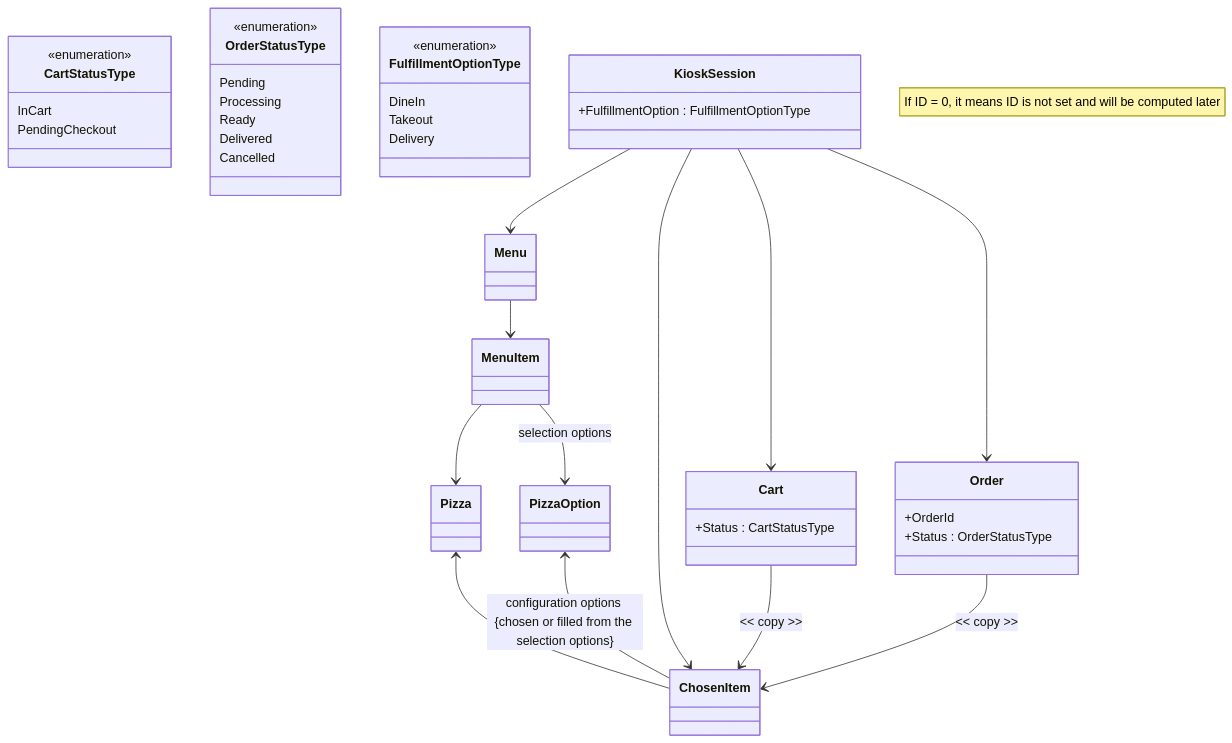
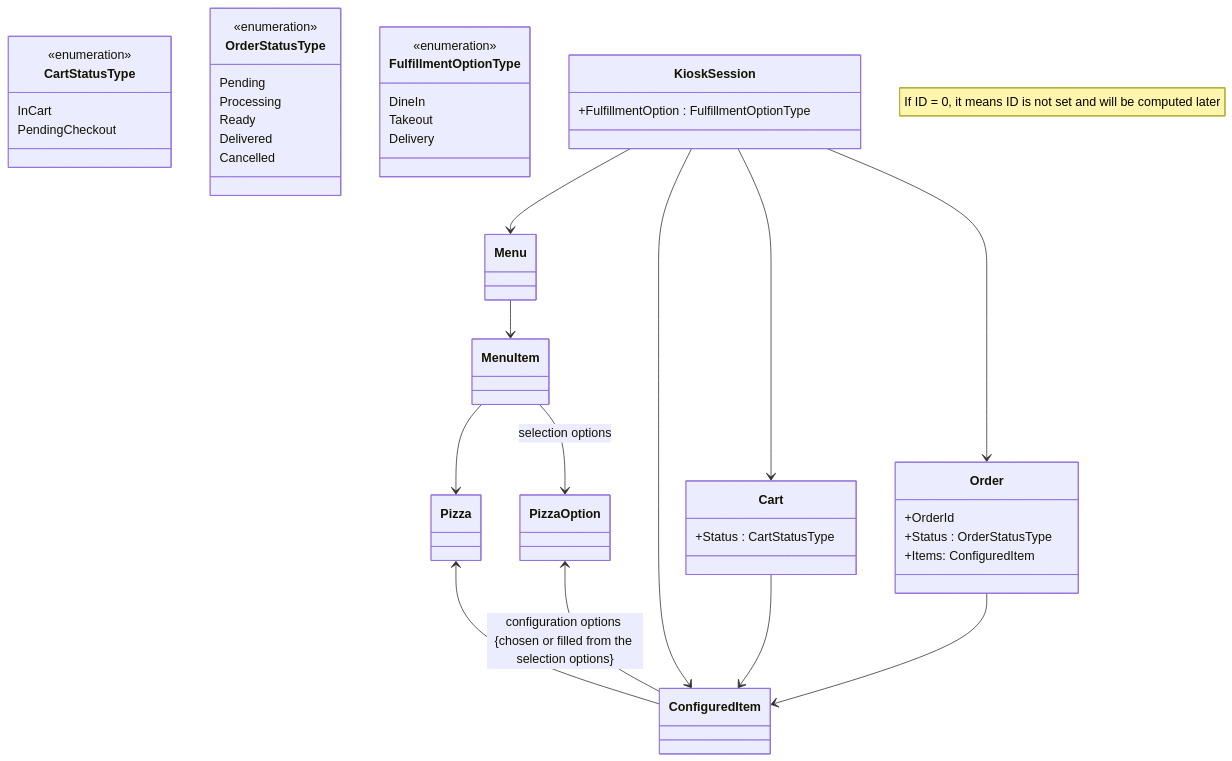
One commit to ekral/Utb.PizzaKiosk changed the diagram in README.md. Above: the diagram before and after it, drawn with Mermaid.

````diff
--- a/README.md
+++ b/README.md
@@ -160,57 +160,58 @@
 ```mermaid
  classDiagram
    note "If ID = 0, it means ID is not set and will be computed later"
    %% direction LR
    class PizzaOption
    class Pizza
    class MenuItem
    class Menu
-   class ChosenItem
+   class ConfiguredItem
 
    class CartStatusType{
       <<enumeration>>
       InCart
       PendingCheckout
    }
 
    class Cart{
       +Status : CartStatusType
    }
 
    class OrderStatusType{
       <<enumeration>>
       Pending
       Processing
       Ready
       Delivered
       Cancelled
    }
 
    class Order{
       +OrderId
       +Status : OrderStatusType
+      +Items: ConfiguredItem
    }
 
    class FulfillmentOptionType{
       <<enumeration>>
       DineIn
       Takeout
       Delivery
    }
 
    class KioskSession{
       +FulfillmentOption : FulfillmentOptionType
    }
 
    MenuItem --> Pizza
-   Pizza <-- ChosenItem
+   Pizza <-- ConfiguredItem
    MenuItem --> PizzaOption : selection options
-   PizzaOption <-- ChosenItem : configuration options {chosen or filled from the selection options}
+   PizzaOption <-- ConfiguredItem : configuration options {chosen or filled from the selection options}
    Menu --> MenuItem
    KioskSession --> Menu
-   KioskSession  --> ChosenItem
+   KioskSession  --> ConfiguredItem
    KioskSession  --> Cart
    KioskSession  --> Order
-   Cart --> ChosenItem : << copy >>
-   Order --> ChosenItem : << copy >>
+   Cart --> ConfiguredItem
+   Order --> ConfiguredItem
 ```
````
